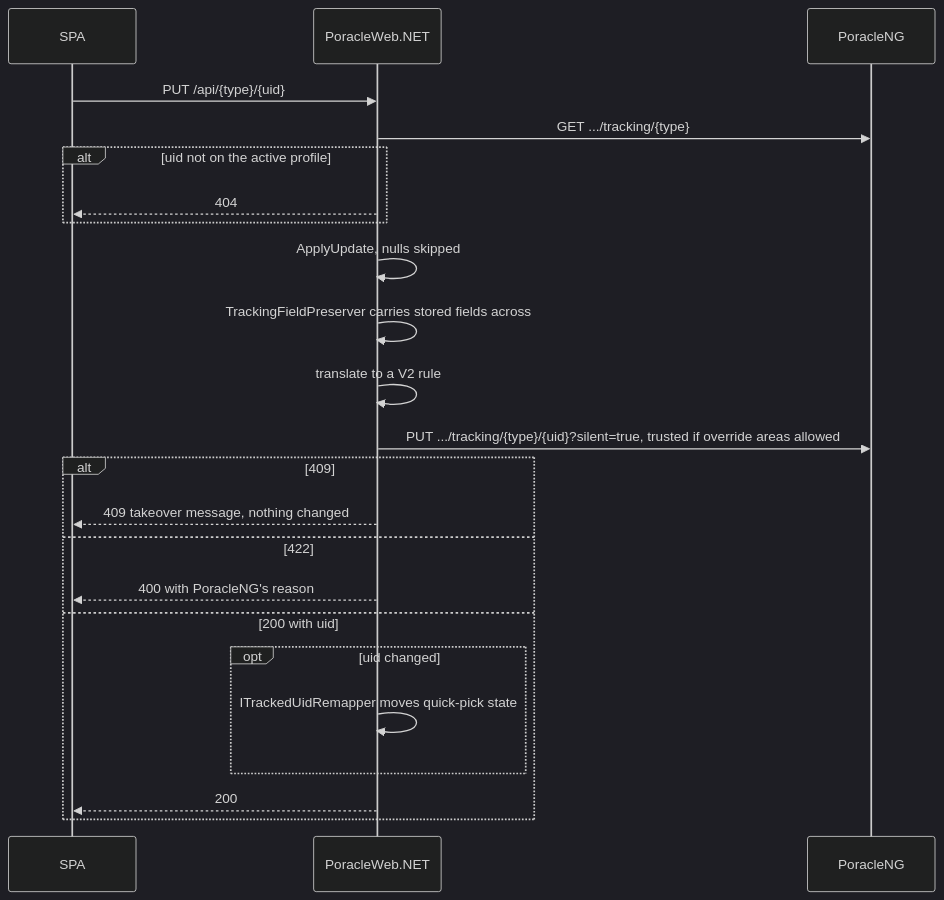
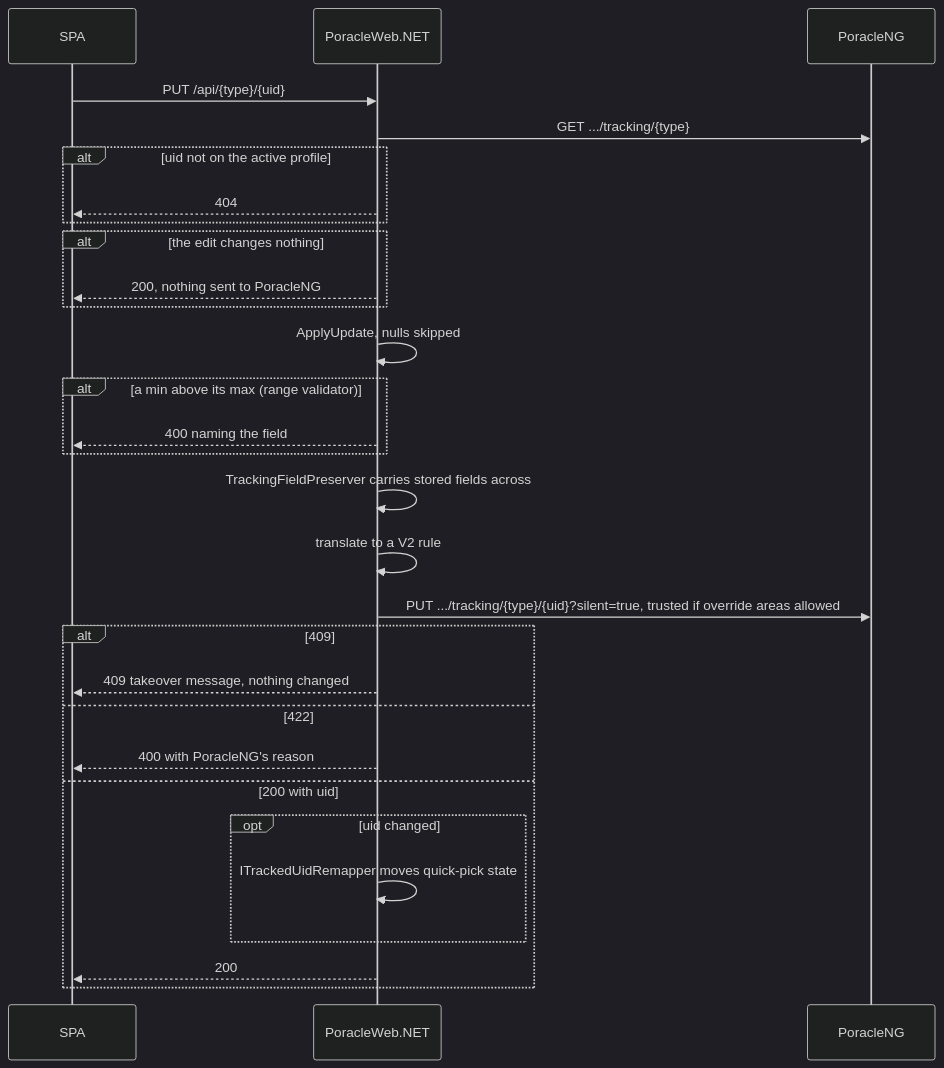
The first of 2 diagrams in docs/architecture/backend.md (PGAN-Dev/PoracleWeb.NET), drawn with Mermaid (dark theme) before and after one commit. The commit also changed 1 other file, not shown here.

Commit message:
docs: show the no-op and range-check exits on an edit, and keep planning pages off the docs site

````diff
--- a/docs/architecture/backend.md
+++ b/docs/architecture/backend.md
@@ -31,25 +31,31 @@
 ```mermaid
 sequenceDiagram
     participant SPA
     participant API as PoracleWeb.NET
     participant NG as PoracleNG
     SPA->>API: PUT /api/{type}/{uid}
     API->>NG: GET .../tracking/{type}
     alt uid not on the active profile
         API-->>SPA: 404
     end
+    alt the edit changes nothing
+        API-->>SPA: 200, nothing sent to PoracleNG
+    end
     API->>API: ApplyUpdate, nulls skipped
+    alt a min above its max (range validator)
+        API-->>SPA: 400 naming the field
+    end
     API->>API: TrackingFieldPreserver carries stored fields across
     API->>API: translate to a V2 rule
     API->>NG: PUT .../tracking/{type}/{uid}?silent=true, trusted if override areas allowed
     alt 409
         API-->>SPA: 409 takeover message, nothing changed
     else 422
         API-->>SPA: 400 with PoracleNG's reason
     else 200 with uid
         opt uid changed
             API->>API: ITrackedUidRemapper moves quick-pick state
         end
         API-->>SPA: 200
     end
 ```
````
